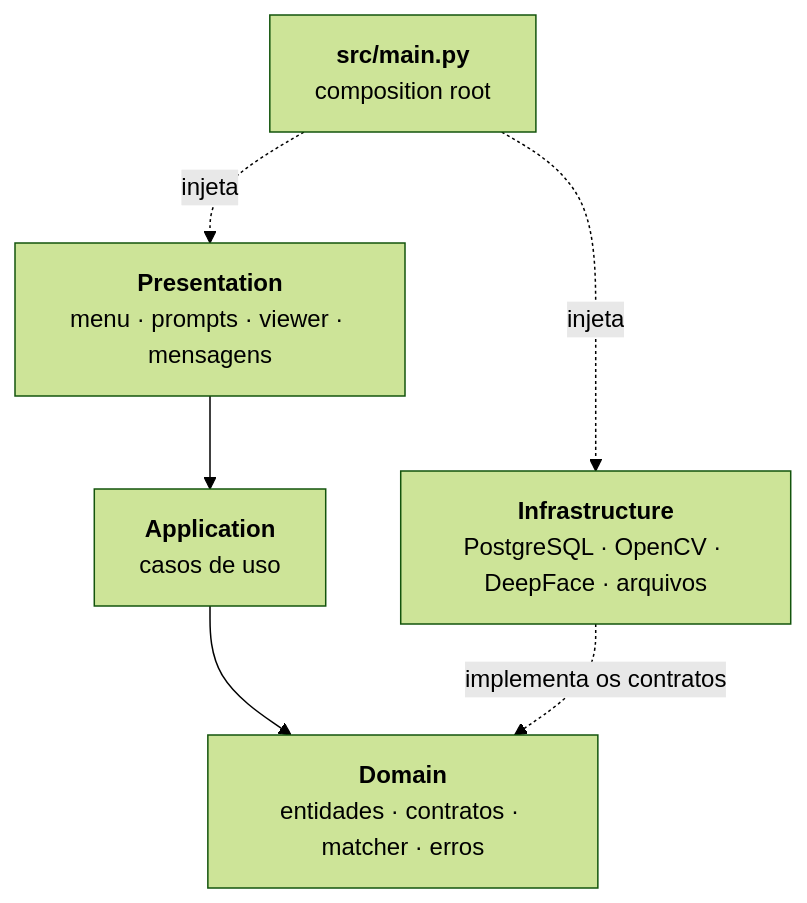
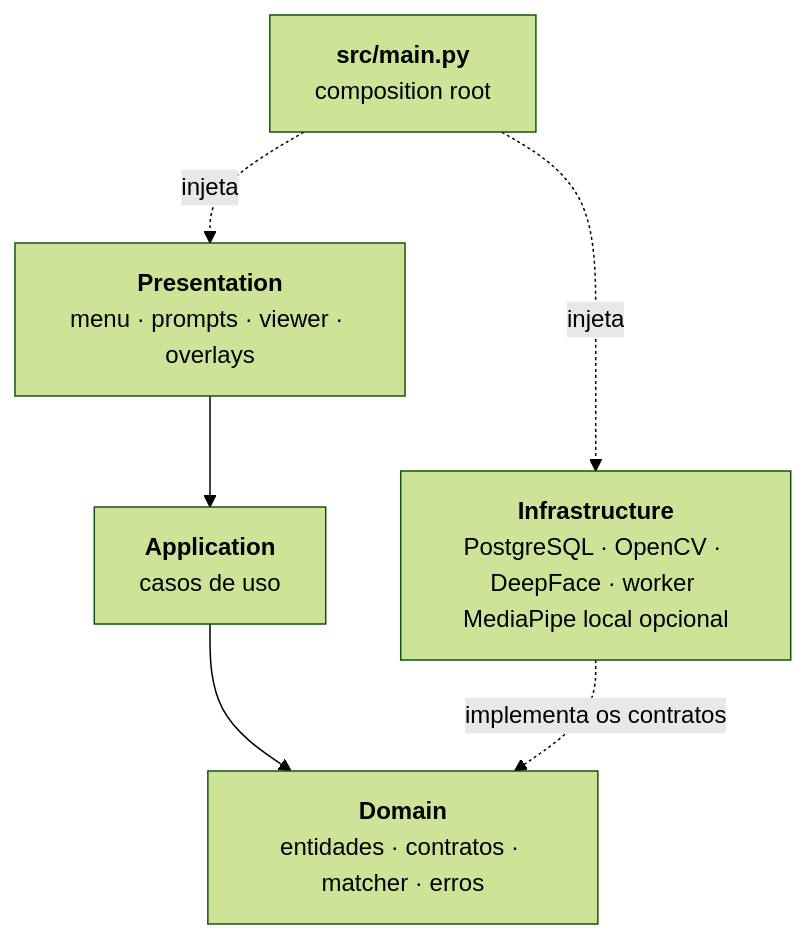
One commit to mateusvcsmoura/projeto_reconhecimento_facial changed the first of 4 diagrams in ARCHITECTURE.md. Above: the diagram before and after it, drawn with Mermaid (forest theme). The commit also changed other lines of this file and 29 other files, not shown here.

Commit message:
fix(landmarks): isolate MediaPipe worker on Windows

````diff
--- a/ARCHITECTURE.md
+++ b/ARCHITECTURE.md
@@ -43,14 +43,14 @@
 ```mermaid
 graph TD
-    P["<b>Presentation</b><br/>menu · prompts · viewer · mensagens"]
+    P["<b>Presentation</b><br/>menu · prompts · viewer · overlays"]
     A["<b>Application</b><br/>casos de uso"]
     D["<b>Domain</b><br/>entidades · contratos · matcher · erros"]
-    I["<b>Infrastructure</b><br/>PostgreSQL · OpenCV · DeepFace · arquivos"]
+    I["<b>Infrastructure</b><br/>PostgreSQL · OpenCV · DeepFace · worker MediaPipe local opcional"]
     M["<b>src/main.py</b><br/>composition root"]
 
     P --> A
     A --> D
     I -.implementa os contratos.-> D
     M -.injeta.-> P
     M -.injeta.-> I
 ```
````
